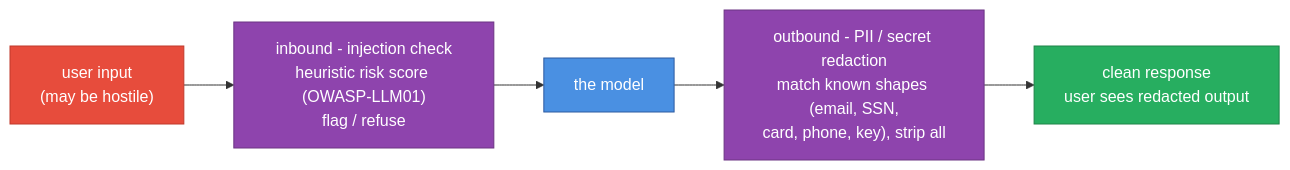
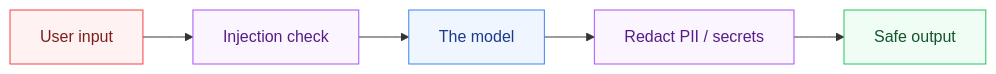
Before and after one commit to parag-labs/prompt-shield: the diagram in README.md, drawn with Mermaid. The commit also changed other lines of this file, not shown here.

Commit message:
Simplify the README diagram: short labels, softer palette

````diff
--- a/README.md
+++ b/README.md
@@ -16,13 +15,13 @@
 ```mermaid
 flowchart LR
-  classDef proc fill:#4a90e2,stroke:#2c5aa0,color:#fff
-  classDef good fill:#27ae60,stroke:#1e8449,color:#fff
-  classDef bad fill:#e74c3c,stroke:#c0392b,color:#fff
-  classDef work fill:#8e44ad,stroke:#6c3483,color:#fff
-  IN["user input<br/>(may be hostile)"]:::bad
-  INB["inbound - injection check<br/>heuristic risk score (OWASP-LLM01)<br/>flag / refuse"]:::work
-  MODEL["the model"]:::proc
-  OUTB["outbound - PII / secret redaction<br/>match known shapes (email, SSN,<br/>card, phone, key), strip all"]:::work
-  CLEAN["clean response<br/>user sees redacted output"]:::good
+  classDef proc fill:#eff6ff,stroke:#3b82f6,color:#1e3a8a
+  classDef good fill:#f0fdf4,stroke:#22c55e,color:#14532d
+  classDef bad fill:#fef2f2,stroke:#ef4444,color:#7f1d1d
+  classDef work fill:#faf5ff,stroke:#a855f7,color:#581c87
+  IN["User input"]:::bad
+  INB["Injection check"]:::work
+  MODEL["The model"]:::proc
+  OUTB["Redact PII / secrets"]:::work
+  CLEAN["Safe output"]:::good
   IN --> INB --> MODEL --> OUTB --> CLEAN
 ```
````
